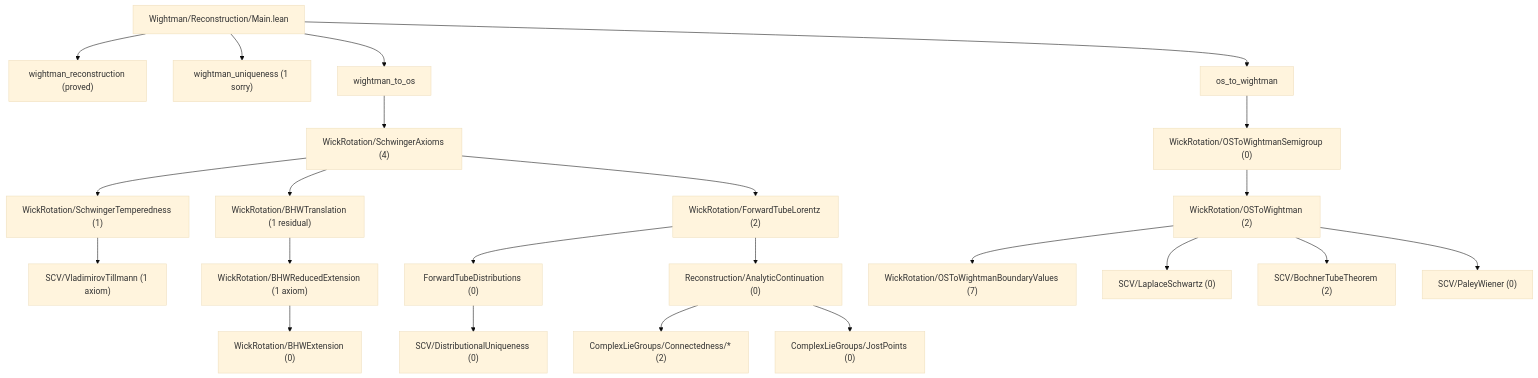
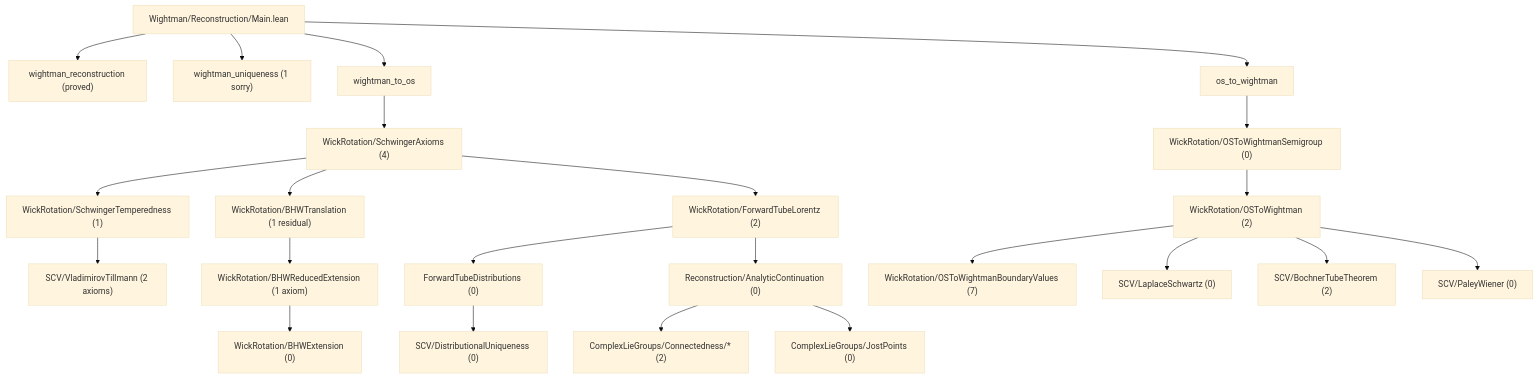
Before and after one commit to yin-claw/OSreconstruction: the diagram in README.md, drawn with Mermaid (base theme). The commit also changed other lines of this file and 1 other file, not shown here.

First line of the commit message:
cleanup: fix unused vars, docstring, and README axiom count consistency

````diff
--- a/README.md
+++ b/README.md
@@ -291,28 +293,28 @@
 ```mermaid
 flowchart TD
   M["Wightman/Reconstruction/Main.lean"]
   M --> WR["wightman_reconstruction (proved)"]
   M --> WU["wightman_uniqueness (1 sorry)"]
   M --> RE["wightman_to_os"]
   M --> ER["os_to_wightman"]
 
   RE --> SA["WickRotation/SchwingerAxioms (4)"]
   SA --> ST["WickRotation/SchwingerTemperedness (1)"]
-  ST --> VT["SCV/VladimirovTillmann (1 axiom)"]
+  ST --> VT["SCV/VladimirovTillmann (2 axioms)"]
   SA --> BT["WickRotation/BHWTranslation (1 residual)"]
   BT --> BR["WickRotation/BHWReducedExtension (1 axiom)"]
   BR --> BE["WickRotation/BHWExtension (0)"]
   SA --> FL["WickRotation/ForwardTubeLorentz (2)"]
   FL --> FTD["ForwardTubeDistributions (0)"]
   FTD --> DU["SCV/DistributionalUniqueness (0)"]
   FL --> AC["Reconstruction/AnalyticContinuation (0)"]
   AC --> CL["ComplexLieGroups/Connectedness/* (2)"]
   AC --> JP["ComplexLieGroups/JostPoints (0)"]
 
   ER --> OWS["WickRotation/OSToWightmanSemigroup (0)"]
   OWS --> OWC["WickRotation/OSToWightman (2)"]
   OWC --> OWB["WickRotation/OSToWightmanBoundaryValues (7)"]
   OWC --> LS["SCV/LaplaceSchwartz (0)"]
   OWC --> BO["SCV/BochnerTubeTheorem (2)"]
   OWC --> PW["SCV/PaleyWiener (0)"]
 ```
````
